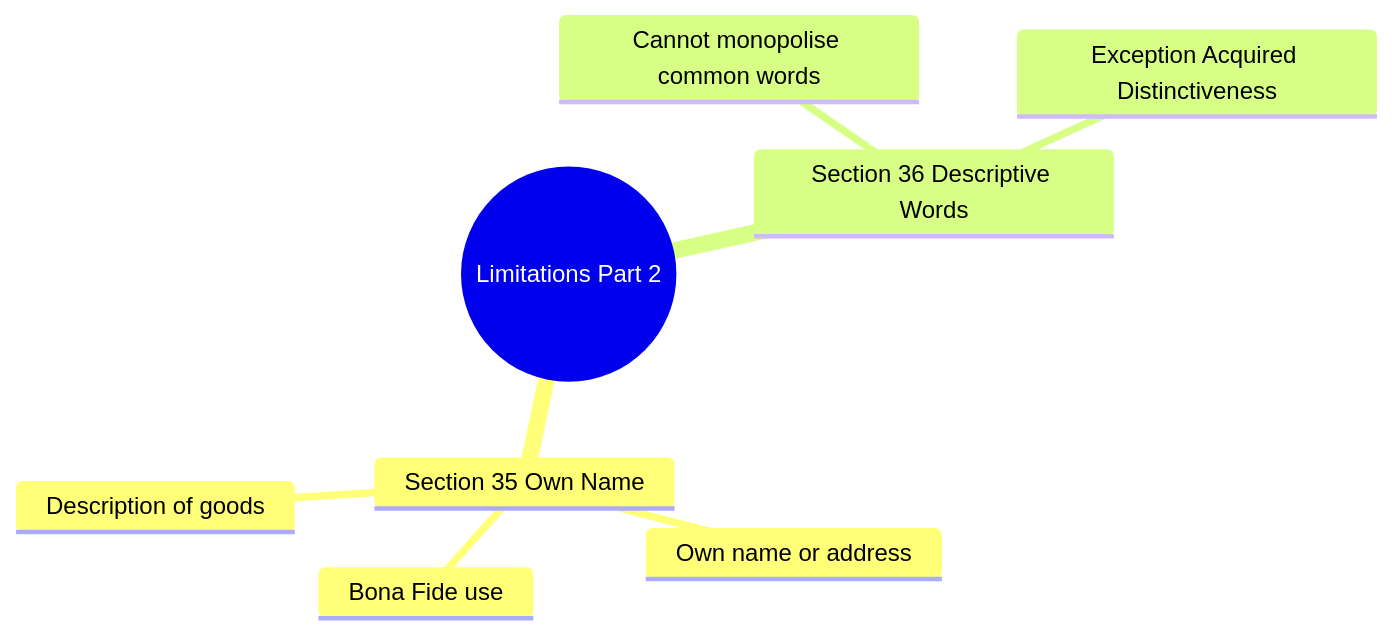
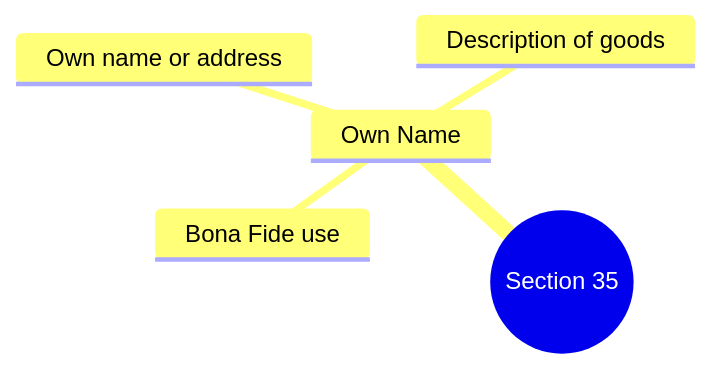
Before and after one commit to Aryns293/IPR: the ninth of 10 diagrams in 14_Limitations_on_the_Rights_of_the_Trademark_Owner.md, drawn with Mermaid. The commit also changed other lines of this file, not shown here.

Commit message:
Refine mindmaps in Chapter 14 to fit screen better

````diff
--- a/14_Limitations_on_the_Rights_of_the_Trademark_Owner.md
+++ b/14_Limitations_on_the_Rights_of_the_Trademark_Owner.md
@@ -215,11 +221,8 @@
 ```mermaid
 mindmap
-  root((Limitations Part 2))
-    Section 35 Own Name
+  root((Section 35))
+    Own Name
       Bona Fide use
       Own name or address
       Description of goods
-    Section 36 Descriptive Words
-      Cannot monopolise common words
-      Exception Acquired Distinctiveness
 ```
````
